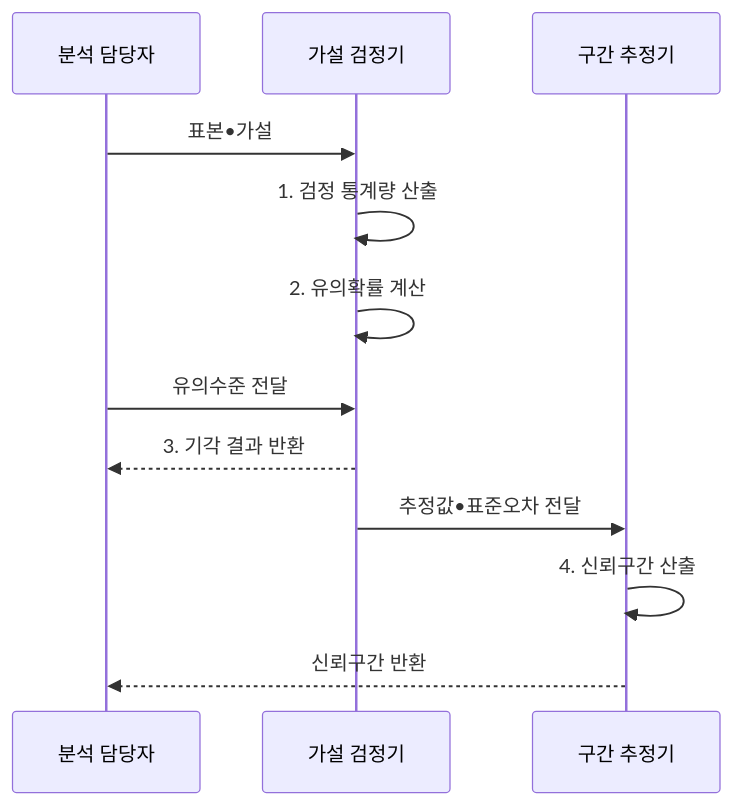
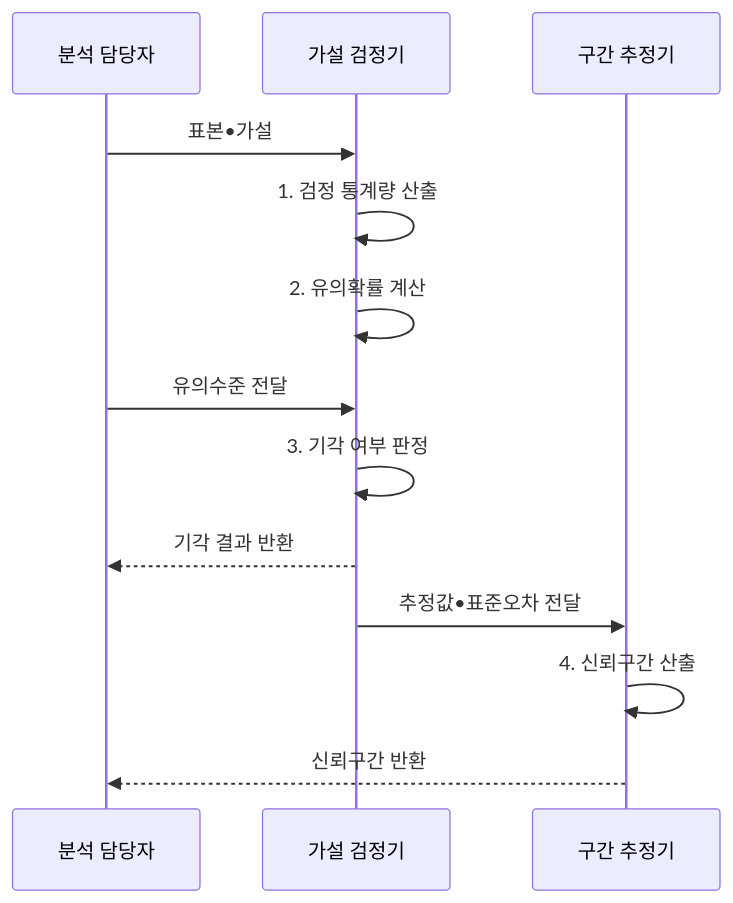
Before and after one commit to agnusdei1207/knowledge-base: the second of 2 diagrams in src/content/docs/notes/01-basic-theory/033_hypothesis_testing.md, drawn with Mermaid. The commit also changed other lines of this file and 12 other files, not shown here.

````diff
--- a/src/content/docs/notes/01-basic-theory/033_hypothesis_testing.md
+++ b/src/content/docs/notes/01-basic-theory/033_hypothesis_testing.md
@@ -97,14 +97,15 @@
 ```mermaid
 sequenceDiagram
     participant A as 분석 담당자
     participant T as 가설 검정기
     participant C as 구간 추정기
     A->>T: 표본•가설
     T->>T: 1. 검정 통계량 산출
     T->>T: 2. 유의확률 계산
     A->>T: 유의수준 전달
-    T-->>A: 3. 기각 결과 반환
+    T->>T: 3. 기각 여부 판정
+    T-->>A: 기각 결과 반환
     T->>C: 추정값•표준오차 전달
     C->>C: 4. 신뢰구간 산출
     C-->>A: 신뢰구간 반환
 ```
````
